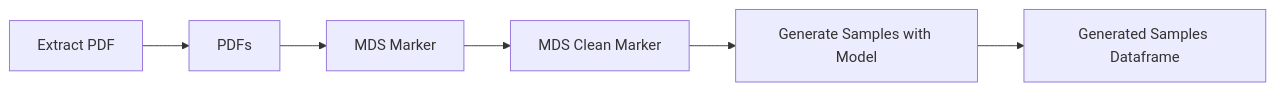
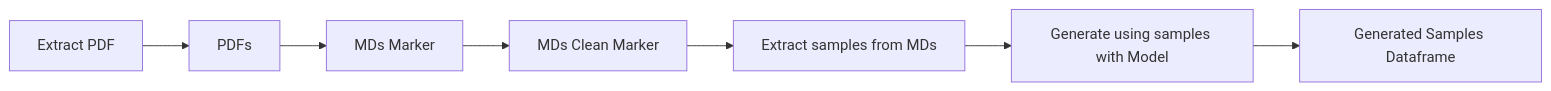
One commit to VoicilaIonut/licenta_out changed the diagram in README.md. Above: the diagram before and after it, drawn with Mermaid.

````diff
--- a/README.md
+++ b/README.md
@@ -2,8 +2,9 @@
 ```mermaid
 graph LR
     A[Extract PDF] --> B[PDFs]
-    B --> C[MDS Marker]
-    C --> D[MDS Clean Marker]
-    D --> E[Generate Samples with Model]
-    E --> F[Generated Samples Dataframe]
+    B --> C[MDs Marker]
+    C --> D[MDs Clean Marker]
+    D --> E[Extract samples from MDs]
+    E --> F[Generate using samples with Model]
+    F --> G[Generated Samples Dataframe]
 ```
````
